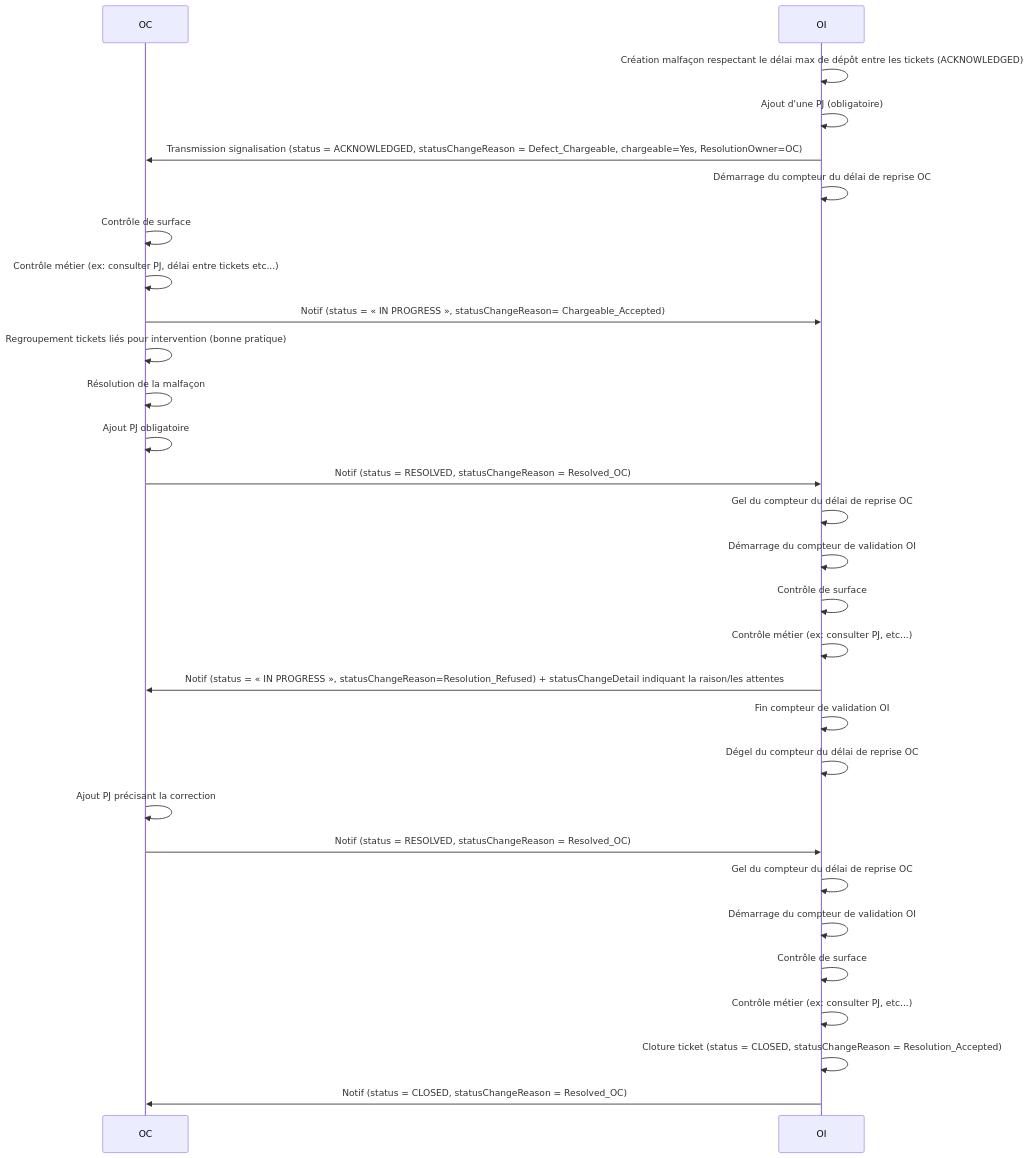
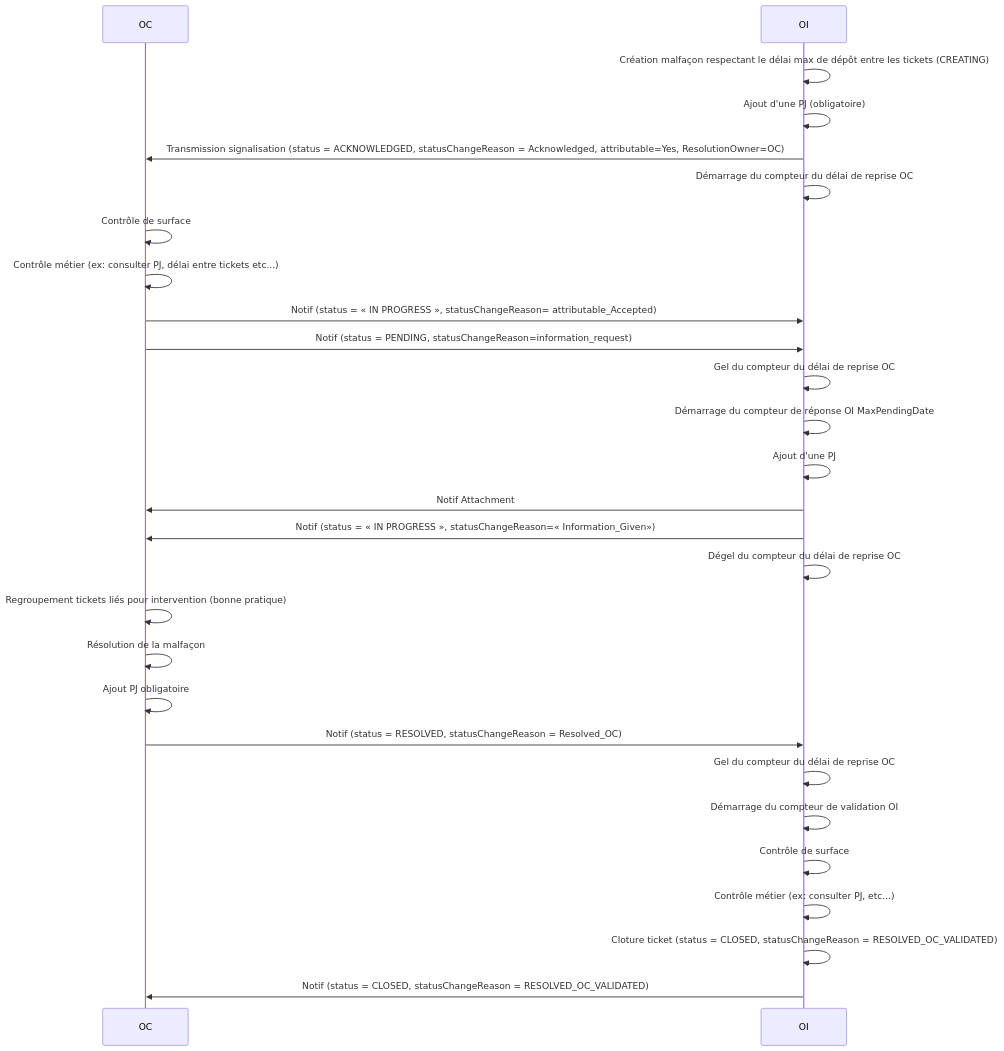
The fifth of 12 diagrams in README.md (before-interop/malfacon), drawn with Mermaid before and after one commit. The commit also changed other lines of this file and 6 other files, not shown here.

````diff
--- a/README.md
+++ b/README.md
@@ -418,33 +502,31 @@
 ```mermaid
 sequenceDiagram
 
   participant OC
   participant OI
 
-  OI->>OI: Création malfaçon respectant le délai max de dépôt entre les tickets (ACKNOWLEDGED)
+  OI->>OI: Création malfaçon respectant le délai max de dépôt entre les tickets (CREATING)
   OI->>OI: Ajout d'une PJ (obligatoire)
-  OI->>OC: Transmission signalisation (status = ACKNOWLEDGED, statusChangeReason = Defect_Chargeable, chargeable=Yes, ResolutionOwner=OC)
+  OI->>OC: Transmission signalisation (status = ACKNOWLEDGED, statusChangeReason = Acknowledged, attributable=Yes, ResolutionOwner=OC)
   OI->>OI: Démarrage du compteur du délai de reprise OC
   OC->>OC: Contrôle de surface
   OC->>OC: Contrôle métier (ex: consulter PJ, délai entre tickets etc...)
-  OC->>OI: Notif (status = « IN PROGRESS », statusChangeReason= Chargeable_Accepted)
+  OC->>OI: Notif (status = « IN PROGRESS », statusChangeReason= attributable_Accepted)
+  OC->>OI: Notif (status = PENDING, statusChangeReason=information_request)
+  OI->>OI: Gel du compteur du délai de reprise OC
+  OI->>OI: Démarrage du compteur de réponse OI MaxPendingDate
+  OI->>OI: Ajout d'une PJ
+  OI->>OC: Notif Attachment
+  OI->>OC: Notif (status = « IN PROGRESS », statusChangeReason=« Information_Given»)
+  OI->>OI: Dégel du compteur du délai de reprise OC
   OC->>OC: Regroupement tickets liés pour intervention (bonne pratique)
   OC->>OC: Résolution de la malfaçon
   OC->>OC: Ajout PJ obligatoire
   OC->>OI: Notif (status = RESOLVED, statusChangeReason = Resolved_OC)
   OI->>OI: Gel du compteur du délai de reprise OC
   OI->>OI: Démarrage du compteur de validation OI
   OI->>OI: Contrôle de surface
   OI->>OI: Contrôle métier (ex: consulter PJ, etc...)
-  OI->>OC: Notif (status = « IN PROGRESS », statusChangeReason=Resolution_Refused) + statusChangeDetail indiquant la raison/les attentes
-  OI->>OI: Fin compteur de validation OI
-  OI->>OI: Dégel du compteur du délai de reprise OC
-  OC->>OC: Ajout PJ précisant la correction
-  OC->>OI: Notif (status = RESOLVED, statusChangeReason = Resolved_OC)
-  OI->>OI: Gel du compteur du délai de reprise OC
-  OI->>OI: Démarrage du compteur de validation OI
-  OI->>OI: Contrôle de surface
-  OI->>OI: Contrôle métier (ex: consulter PJ, etc...)
-  OI->>OI: Cloture ticket (status = CLOSED, statusChangeReason = Resolution_Accepted)
-  OI->>OC: Notif (status = CLOSED, statusChangeReason = Resolved_OC)
+  OI->>OI: Cloture ticket (status = CLOSED, statusChangeReason = RESOLVED_OC_VALIDATED)
+  OI->>OC: Notif (status = CLOSED, statusChangeReason = RESOLVED_OC_VALIDATED)
 ```
````
